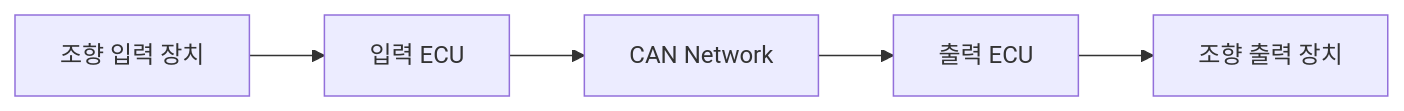
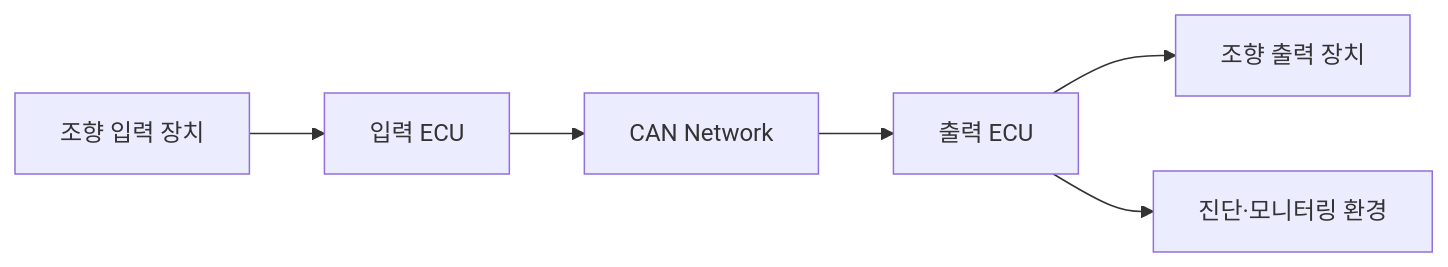
One commit to kwangil1245-code/iso26262-sbw-failsafe changed the second of 4 diagrams in iso26262-sbw-failsafe/workproducts/02_System_Design.md. Above: the diagram before and after it, drawn with Mermaid. The commit also changed other lines of this file, not shown here.

````diff
--- a/iso26262-sbw-failsafe/workproducts/02_System_Design.md
+++ b/iso26262-sbw-failsafe/workproducts/02_System_Design.md
@@ -50,7 +50,8 @@
 ```mermaid
 flowchart LR
     A["조향 입력 장치"] --> B["입력 ECU"]
     B --> C["CAN Network"]
     C --> D["출력 ECU"]
     D --> E["조향 출력 장치"]
+    D --> F["진단·모니터링 환경"]
 ```
````
